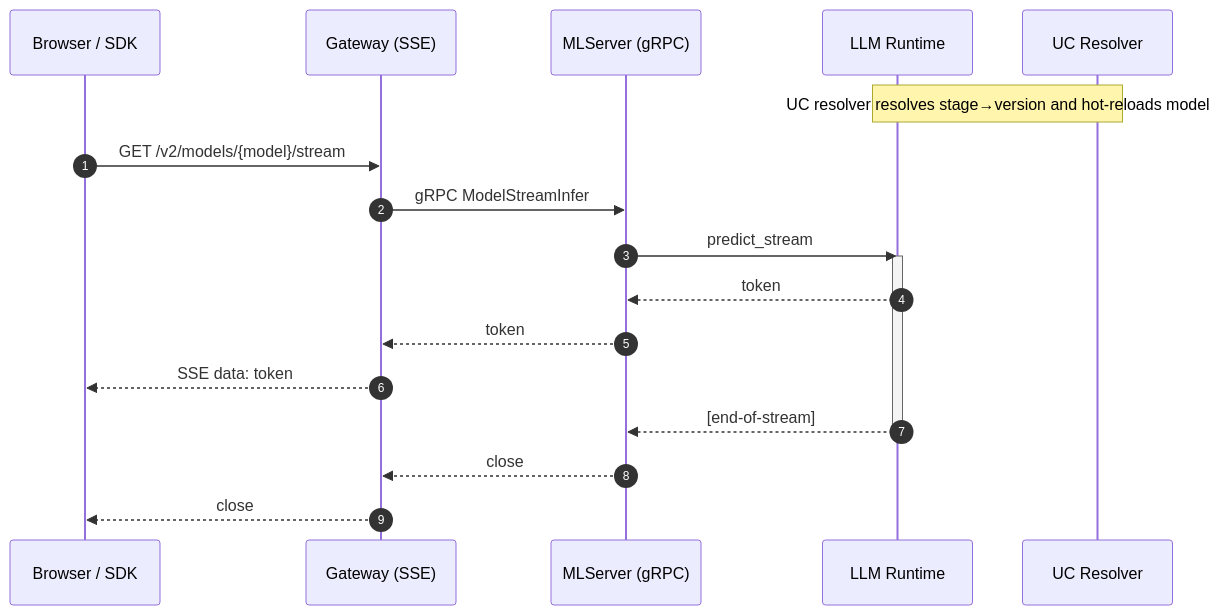
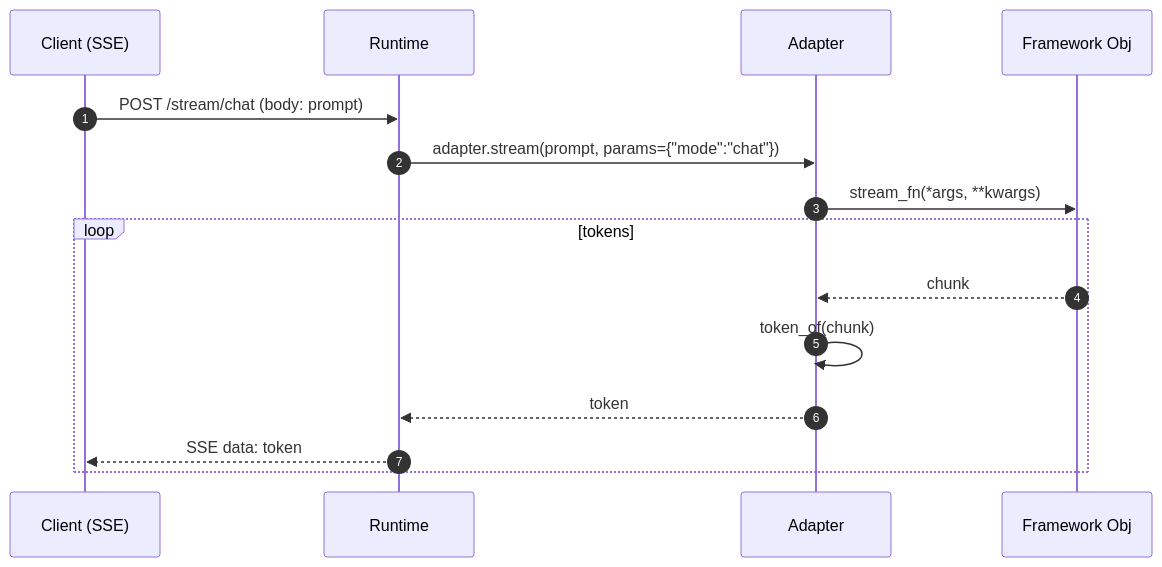
The second of 2 diagrams in README.md (mkefly/LLMserver), drawn with Mermaid before and after one commit. The commit also changed other lines of this file, not shown here.

````diff
--- a/README.md
+++ b/README.md
@@ -174,25 +210,18 @@
 ```mermaid
 sequenceDiagram
   autonumber
-  participant B as Browser / SDK
-  participant GW as Gateway (SSE)
-  participant MS as MLServer (gRPC)
-  participant RT as LLM Runtime
-  participant UC as UC Resolver
+  participant C as Client (SSE)
+  participant RT as Runtime
+  participant AD as Adapter
+  participant FO as Framework Obj
 
-  Note over UC,RT: UC resolver resolves stage→version and hot-reloads model
-
-  B->>GW: GET /v2/models/{model}/stream
-  GW->>MS: gRPC ModelStreamInfer
-  MS->>RT: predict_stream
-  activate RT
-
-  RT-->>MS: token #1..N
-  MS-->>GW: token #1..N
-  GW-->>B: SSE data: token #1..N
-
-  RT-->>MS: [end-of-stream]
-  deactivate RT
-  MS-->>GW: close
-  GW-->>B: close
+  C->>RT: POST /stream/chat (body: prompt)
+  RT->>AD: adapter.stream(prompt, params={"mode":"chat"})
+  AD->>FO: stream_fn(*args, **kwargs)
+  loop tokens
+    FO-->>AD: chunk
+    AD->>AD: token_of(chunk)
+    AD-->>RT: token
+    RT-->>C: SSE data: token
+  end
 ```
````
